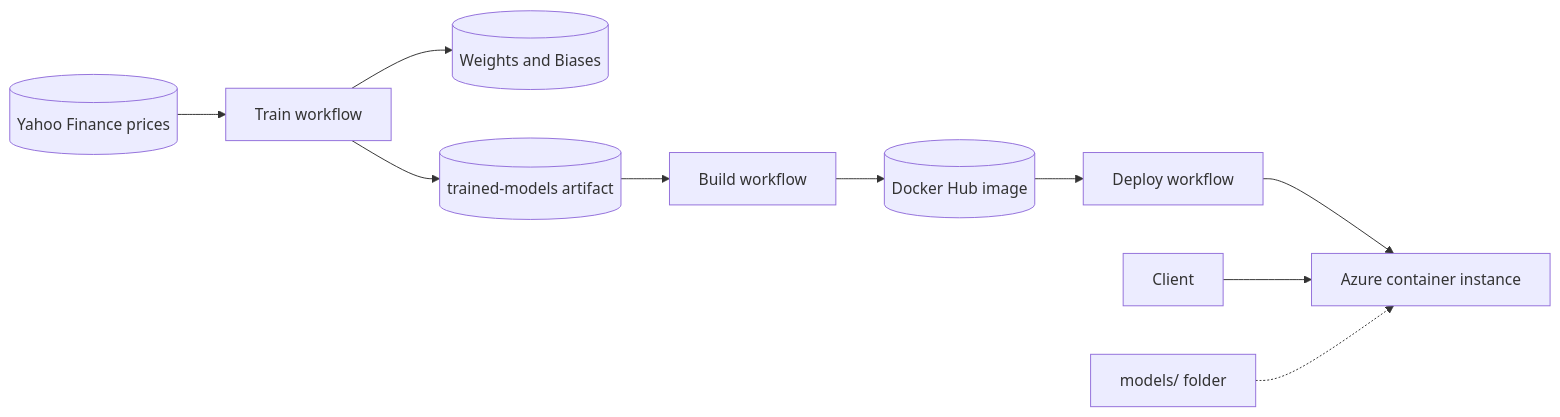
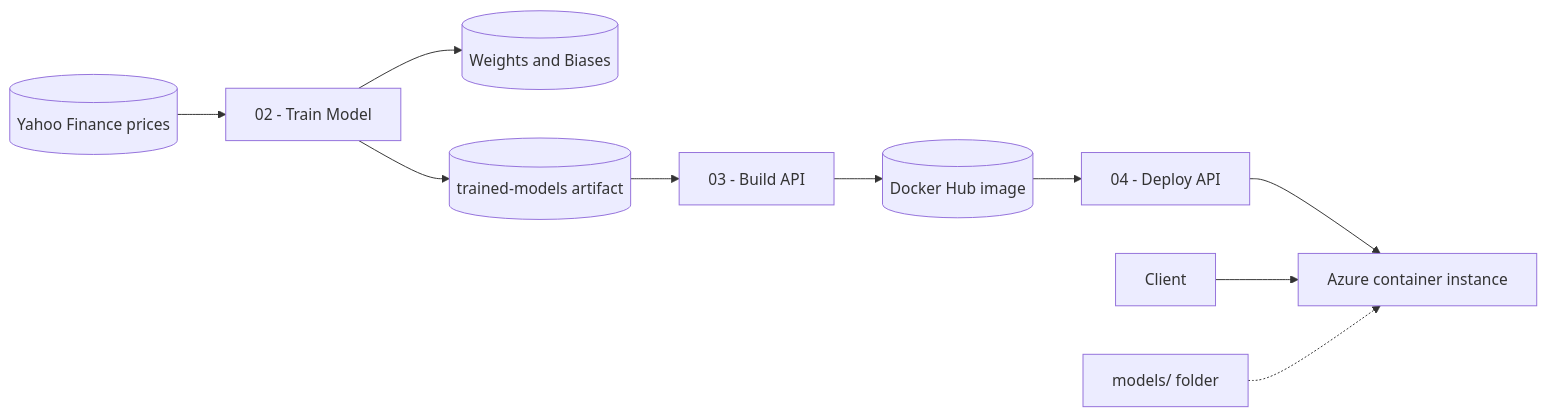
Before and after one commit to IBMEC-CDIA/financial_market_simulator: the first of 8 diagrams in README.md, drawn with Mermaid. The commit also changed other lines of this file and 4 other files, not shown here.

````diff
--- a/README.md
+++ b/README.md
@@ -48,12 +48,12 @@
 ```mermaid
 flowchart LR
-    Yahoo[(Yahoo Finance prices)] --> Train[Train workflow]
+    Yahoo[(Yahoo Finance prices)] --> Train[02 - Train Model]
     Train --> Wandb[(Weights and Biases)]
     Train --> Artifact[(trained-models artifact)]
-    Artifact --> Build[Build workflow]
+    Artifact --> Build[03 - Build API]
     Build --> Hub[(Docker Hub image)]
-    Hub --> Deploy[Deploy workflow]
+    Hub --> Deploy[04 - Deploy API]
     Deploy --> Azure[Azure container instance]
     Client[Client] --> Azure
     Local[models/ folder] -.-> Azure
 ```
````
